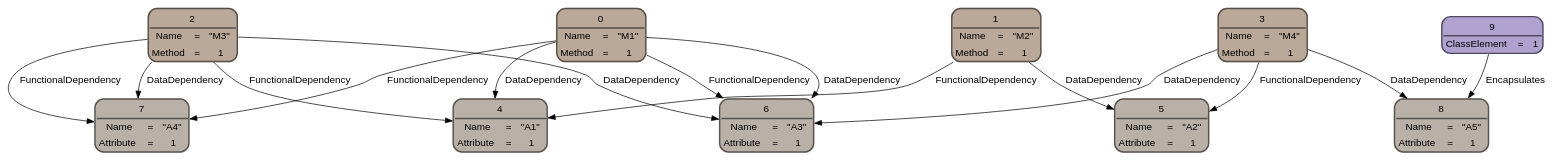
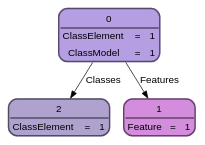
Before and after one commit to fdominik98/refinery: the diagram in subprojects/store-dse/test_output/3.dot, drawn with Graphviz. The commit also changed 1918 other files, not shown here.

```diff
--- a/subprojects/store-dse/test_output/3.dot
+++ b/subprojects/store-dse/test_output/3.dot
@@ -1,161 +1,44 @@
 digraph model {
 node [
 	style="filled, rounded"
 	shape=plain
 	pencolor="#00000088"
 	fontname="Helvetica"
 ]
 edge [
 	labeldistance=3
 	fontname="Helvetica"
 ]
-2 -> 4 [
+0 -> 2 [
 	style=solid
 	color=black
 	fontcolor=black
-	label="FunctionalDependency"]
-3 -> 5 [
+	label="Classes"]
+0 -> 1 [
 	style=solid
 	color=black
 	fontcolor=black
-	label="FunctionalDependency"]
-1 -> 4 [
-	style=solid
-	color=black
-	fontcolor=black
-	label="FunctionalDependency"]
-2 -> 7 [
-	style=solid
-	color=black
-	fontcolor=black
-	label="FunctionalDependency"]
-0 -> 6 [
-	style=solid
-	color=black
-	fontcolor=black
-	label="FunctionalDependency"]
-0 -> 7 [
-	style=solid
-	color=black
-	fontcolor=black
-	label="FunctionalDependency"]
-9 -> 8 [
-	style=solid
-	color=black
-	fontcolor=black
-	label="Encapsulates"]
-3 -> 6 [
-	style=solid
-	color=black
-	fontcolor=black
-	label="DataDependency"]
-0 -> 4 [
-	style=solid
-	color=black
-	fontcolor=black
-	label="DataDependency"]
-1 -> 5 [
-	style=solid
-	color=black
-	fontcolor=black
-	label="DataDependency"]
-2 -> 6 [
-	style=solid
-	color=black
-	fontcolor=black
-	label="DataDependency"]
-2 -> 7 [
-	style=solid
-	color=black
-	fontcolor=black
-	label="DataDependency"]
-3 -> 8 [
-	style=solid
-	color=black
-	fontcolor=black
-	label="DataDependency"]
-0 -> 6 [
-	style=solid
-	color=black
-	fontcolor=black
-	label="DataDependency"]
+	label="Features"]
 1 [
-	fillcolor="#baa899"
+	fillcolor="#d38ddc"
 	label=<<TABLE CELLSPACING="0" BORDER="2" CELLBORDER="0" CELLPADDING="4" STYLE="ROUNDED">
 		<TR><TD COLSPAN="3" BORDER="2" SIDES="B">1</TD></TR>
-		<TR><TD><FONT COLOR="black">Name</FONT></TD><TD><FONT COLOR="black">=</FONT></TD><TD><FONT COLOR="black">"M2"</FONT></TD></TR>
-		<TR><TD><FONT COLOR="black">Method</FONT></TD><TD><FONT COLOR="black">=</FONT></TD><TD><FONT COLOR="black">1</FONT></TD></TR>
+		<TR><TD><FONT COLOR="black">Feature</FONT></TD><TD><FONT COLOR="black">=</FONT></TD><TD><FONT COLOR="black">1</FONT></TD></TR>
 		</TABLE>>
 ]
 2 [
-	fillcolor="#baa899"
+	fillcolor="#afa2cf"
 	label=<<TABLE CELLSPACING="0" BORDER="2" CELLBORDER="0" CELLPADDING="4" STYLE="ROUNDED">
 		<TR><TD COLSPAN="3" BORDER="2" SIDES="B">2</TD></TR>
-		<TR><TD><FONT COLOR="black">Name</FONT></TD><TD><FONT COLOR="black">=</FONT></TD><TD><FONT COLOR="black">"M3"</FONT></TD></TR>
-		<TR><TD><FONT COLOR="black">Method</FONT></TD><TD><FONT COLOR="black">=</FONT></TD><TD><FONT COLOR="black">1</FONT></TD></TR>
-		</TABLE>>
-]
-3 [
-	fillcolor="#baa899"
-	label=<<TABLE CELLSPACING="0" BORDER="2" CELLBORDER="0" CELLPADDING="4" STYLE="ROUNDED">
-		<TR><TD COLSPAN="3" BORDER="2" SIDES="B">3</TD></TR>
-		<TR><TD><FONT COLOR="black">Name</FONT></TD><TD><FONT COLOR="black">=</FONT></TD><TD><FONT COLOR="black">"M4"</FONT></TD></TR>
-		<TR><TD><FONT COLOR="black">Method</FONT></TD><TD><FONT COLOR="black">=</FONT></TD><TD><FONT COLOR="black">1</FONT></TD></TR>
-		</TABLE>>
-]
-4 [
-	fillcolor="#b9b0a8"
-	label=<<TABLE CELLSPACING="0" BORDER="2" CELLBORDER="0" CELLPADDING="4" STYLE="ROUNDED">
-		<TR><TD COLSPAN="3" BORDER="2" SIDES="B">4</TD></TR>
-		<TR><TD><FONT COLOR="black">Name</FONT></TD><TD><FONT COLOR="black">=</FONT></TD><TD><FONT COLOR="black">"A1"</FONT></TD></TR>
-		<TR><TD><FONT COLOR="black">Attribute</FONT></TD><TD><FONT COLOR="black">=</FONT></TD><TD><FONT COLOR="black">1</FONT></TD></TR>
-		</TABLE>>
-]
-5 [
-	fillcolor="#b9b0a8"
-	label=<<TABLE CELLSPACING="0" BORDER="2" CELLBORDER="0" CELLPADDING="4" STYLE="ROUNDED">
-		<TR><TD COLSPAN="3" BORDER="2" SIDES="B">5</TD></TR>
-		<TR><TD><FONT COLOR="black">Name</FONT></TD><TD><FONT COLOR="black">=</FONT></TD><TD><FONT COLOR="black">"A2"</FONT></TD></TR>
-		<TR><TD><FONT COLOR="black">Attribute</FONT></TD><TD><FONT COLOR="black">=</FONT></TD><TD><FONT COLOR="black">1</FONT></TD></TR>
-		</TABLE>>
-]
-6 [
-	fillcolor="#b9b0a8"
-	label=<<TABLE CELLSPACING="0" BORDER="2" CELLBORDER="0" CELLPADDING="4" STYLE="ROUNDED">
-		<TR><TD COLSPAN="3" BORDER="2" SIDES="B">6</TD></TR>
-		<TR><TD><FONT COLOR="black">Name</FONT></TD><TD><FONT COLOR="black">=</FONT></TD><TD><FONT COLOR="black">"A3"</FONT></TD></TR>
-		<TR><TD><FONT COLOR="black">Attribute</FONT></TD><TD><FONT COLOR="black">=</FONT></TD><TD><FONT COLOR="black">1</FONT></TD></TR>
-		</TABLE>>
-]
-7 [
-	fillcolor="#b9b0a8"
-	label=<<TABLE CELLSPACING="0" BORDER="2" CELLBORDER="0" CELLPADDING="4" STYLE="ROUNDED">
-		<TR><TD COLSPAN="3" BORDER="2" SIDES="B">7</TD></TR>
-		<TR><TD><FONT COLOR="black">Name</FONT></TD><TD><FONT COLOR="black">=</FONT></TD><TD><FONT COLOR="black">"A4"</FONT></TD></TR>
-		<TR><TD><FONT COLOR="black">Attribute</FONT></TD><TD><FONT COLOR="black">=</FONT></TD><TD><FONT COLOR="black">1</FONT></TD></TR>
-		</TABLE>>
-]
-8 [
-	fillcolor="#b9b0a8"
-	label=<<TABLE CELLSPACING="0" BORDER="2" CELLBORDER="0" CELLPADDING="4" STYLE="ROUNDED">
-		<TR><TD COLSPAN="3" BORDER="2" SIDES="B">8</TD></TR>
-		<TR><TD><FONT COLOR="black">Name</FONT></TD><TD><FONT COLOR="black">=</FONT></TD><TD><FONT COLOR="black">"A5"</FONT></TD></TR>
-		<TR><TD><FONT COLOR="black">Attribute</FONT></TD><TD><FONT COLOR="black">=</FONT></TD><TD><FONT COLOR="black">1</FONT></TD></TR>
-		</TABLE>>
-]
-9 [
-	fillcolor="#afa2cf"
-	label=<<TABLE CELLSPACING="0" BORDER="2" CELLBORDER="0" CELLPADDING="4" STYLE="ROUNDED">
-		<TR><TD COLSPAN="3" BORDER="2" SIDES="B">9</TD></TR>
 		<TR><TD><FONT COLOR="black">ClassElement</FONT></TD><TD><FONT COLOR="black">=</FONT></TD><TD><FONT COLOR="black">1</FONT></TD></TR>
 		</TABLE>>
 ]
 0 [
-	fillcolor="#baa899"
+	fillcolor="#b59ee2"
 	label=<<TABLE CELLSPACING="0" BORDER="2" CELLBORDER="0" CELLPADDING="4" STYLE="ROUNDED">
 		<TR><TD COLSPAN="3" BORDER="2" SIDES="B">0</TD></TR>
-		<TR><TD><FONT COLOR="black">Name</FONT></TD><TD><FONT COLOR="black">=</FONT></TD><TD><FONT COLOR="black">"M1"</FONT></TD></TR>
-		<TR><TD><FONT COLOR="black">Method</FONT></TD><TD><FONT COLOR="black">=</FONT></TD><TD><FONT COLOR="black">1</FONT></TD></TR>
+		<TR><TD><FONT COLOR="black">ClassElement</FONT></TD><TD><FONT COLOR="black">=</FONT></TD><TD><FONT COLOR="black">1</FONT></TD></TR>
+		<TR><TD><FONT COLOR="black">ClassModel</FONT></TD><TD><FONT COLOR="black">=</FONT></TD><TD><FONT COLOR="black">1</FONT></TD></TR>
 		</TABLE>>
 ]
 }
```
